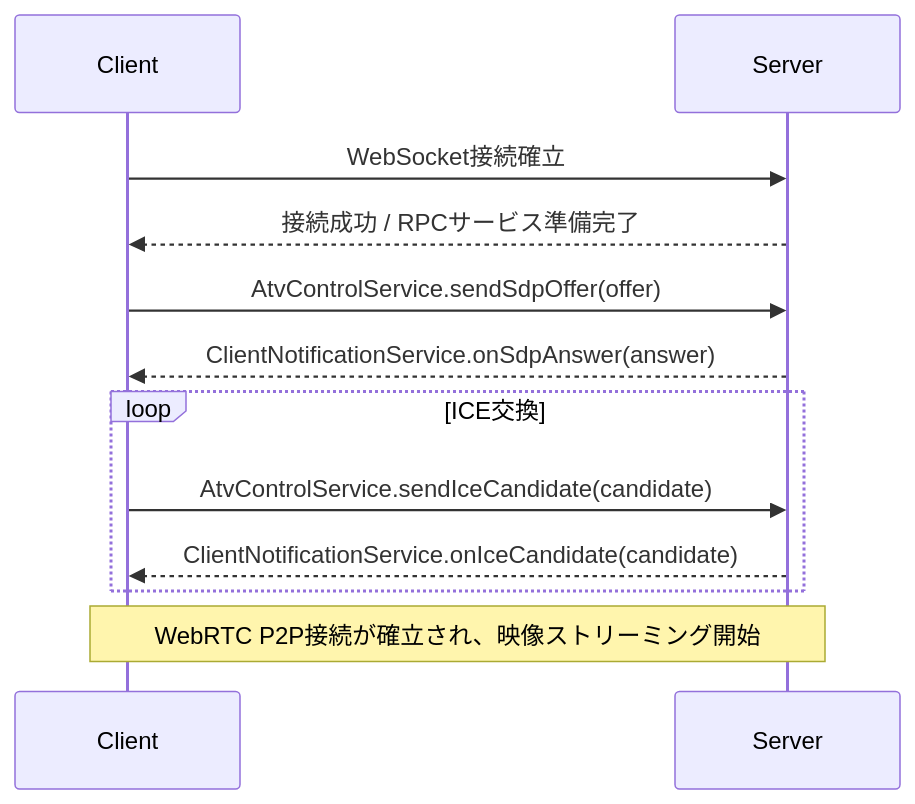
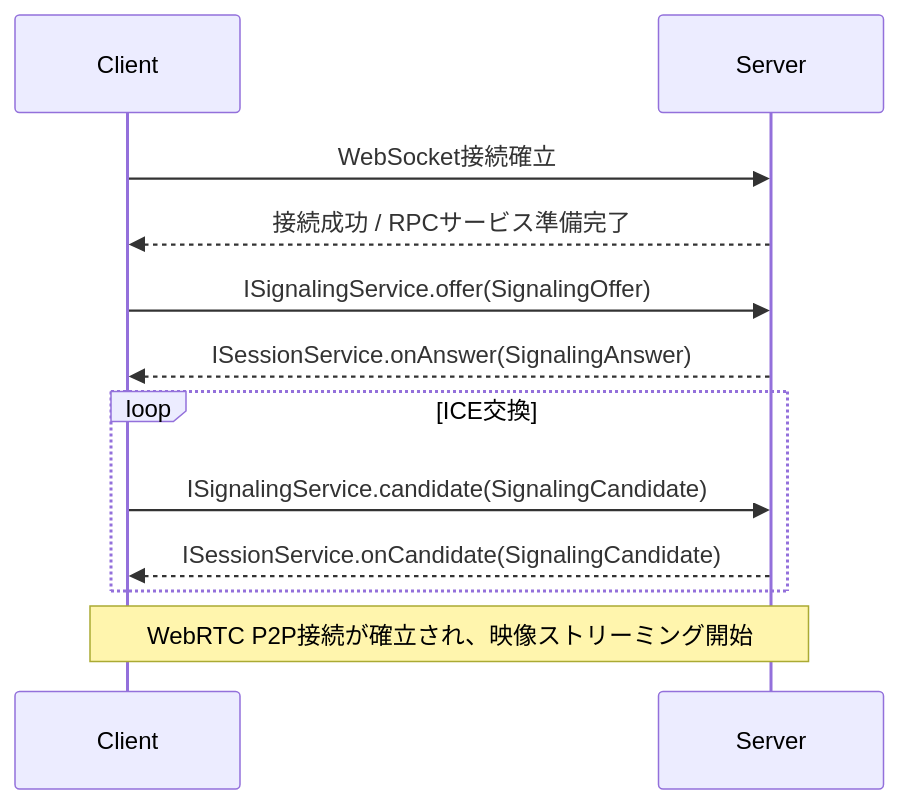
Before and after one commit to isseikz/ATV-Remote: the first of 3 diagrams in docs/server-client-api-specification.md, drawn with Mermaid. The commit also changed other lines of this file and 2 other files, not shown here.

Commit message:
docs: Update design and API documentation for signaling library and ATV-Remote demo; clarify project structure and usage

````diff
--- a/docs/server-client-api-specification.md
+++ b/docs/server-client-api-specification.md
@@ -106,20 +212,20 @@
 ```mermaid
-sequenceDiagram  
-participant Client  
+sequenceDiagram
+participant Client
 participant Server
 
-    Client->>Server: WebSocket接続確立  
+    Client->>Server: WebSocket接続確立
     Server-->>Client: 接続成功 / RPCサービス準備完了
 
-    %% SDP Offer/Answer 交換 %%  
-    Client->>Server: AtvControlService.sendSdpOffer(offer)  
-    Server-->>Client: ClientNotificationService.onSdpAnswer(answer)
+    %% SDP Offer/Answer 交換 %%
+    Client->>Server: ISignalingService.offer(SignalingOffer)
+    Server-->>Client: ISessionService.onAnswer(SignalingAnswer)
 
-    %% ICE Candidate 交換 (並行して複数回発生) %%  
-    loop ICE交換  
-        Client->>Server: AtvControlService.sendIceCandidate(candidate)  
-        Server-->>Client: ClientNotificationService.onIceCandidate(candidate)  
+    %% ICE Candidate 交換 (並行して複数回発生) %%
+    loop ICE交換
+        Client->>Server: ISignalingService.candidate(SignalingCandidate)
+        Server-->>Client: ISessionService.onCandidate(SignalingCandidate)
     end
 
     Note over Client,Server: WebRTC P2P接続が確立され、映像ストリーミング開始
 ```
````
